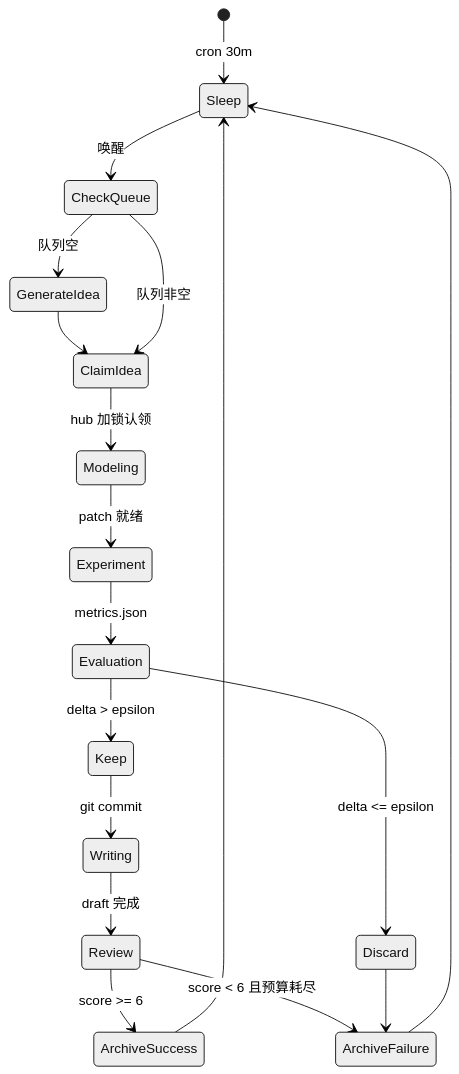
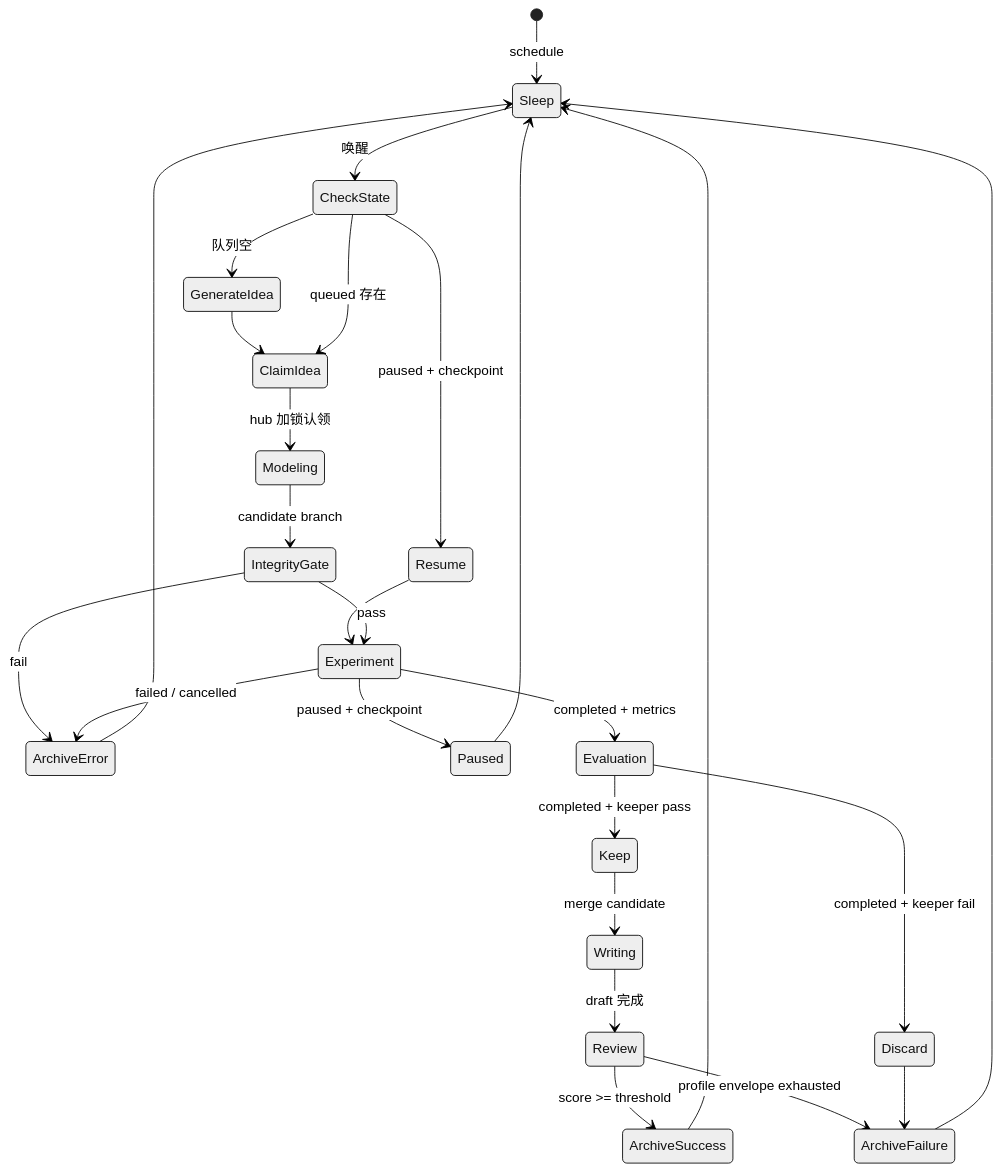
One commit to dbydd/research-flywheel changed the third of 3 diagrams in template/02-harness-wiring.md. Above: the diagram before and after it, drawn with Mermaid (neutral theme). The commit also changed other lines of this file and 10 other files, not shown here.

````diff
--- a/template/02-harness-wiring.md
+++ b/template/02-harness-wiring.md
@@ -226,20 +263,28 @@
 ```mermaid
 stateDiagram-v2
-    [*] --> Sleep: cron 30m
-    Sleep --> CheckQueue: 唤醒
-    CheckQueue --> GenerateIdea: 队列空
+    [*] --> Sleep: schedule
+    Sleep --> CheckState: 唤醒
+    CheckState --> Resume: paused + checkpoint
+    CheckState --> GenerateIdea: 队列空
     GenerateIdea --> ClaimIdea
-    CheckQueue --> ClaimIdea: 队列非空
+    CheckState --> ClaimIdea: queued 存在
+    Resume --> Experiment
     ClaimIdea --> Modeling: hub 加锁认领
-    Modeling --> Experiment: patch 就绪
-    Experiment --> Evaluation: metrics.json
-    Evaluation --> Keep: delta > epsilon
-    Evaluation --> Discard: delta <= epsilon
-    Keep --> Writing: git commit
+    Modeling --> IntegrityGate: candidate branch
+    IntegrityGate --> Experiment: pass
+    IntegrityGate --> ArchiveError: fail
+    Experiment --> Paused: paused + checkpoint
+    Paused --> Sleep
+    Experiment --> Evaluation: completed + metrics
+    Experiment --> ArchiveError: failed / cancelled
+    Evaluation --> Keep: completed + keeper pass
+    Evaluation --> Discard: completed + keeper fail
+    Keep --> Writing: merge candidate
     Writing --> Review: draft 完成
-    Review --> ArchiveSuccess: score >= 6
-    Review --> ArchiveFailure: score < 6 且预算耗尽
+    Review --> ArchiveSuccess: score >= threshold
+    Review --> ArchiveFailure: profile envelope exhausted
     Discard --> ArchiveFailure
+    ArchiveError --> Sleep
     ArchiveSuccess --> Sleep
     ArchiveFailure --> Sleep
 ```
````
